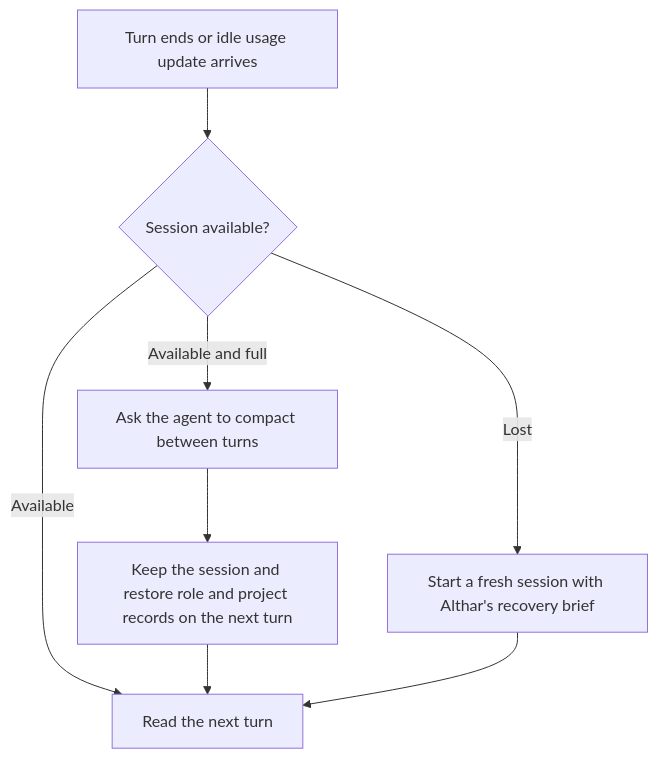
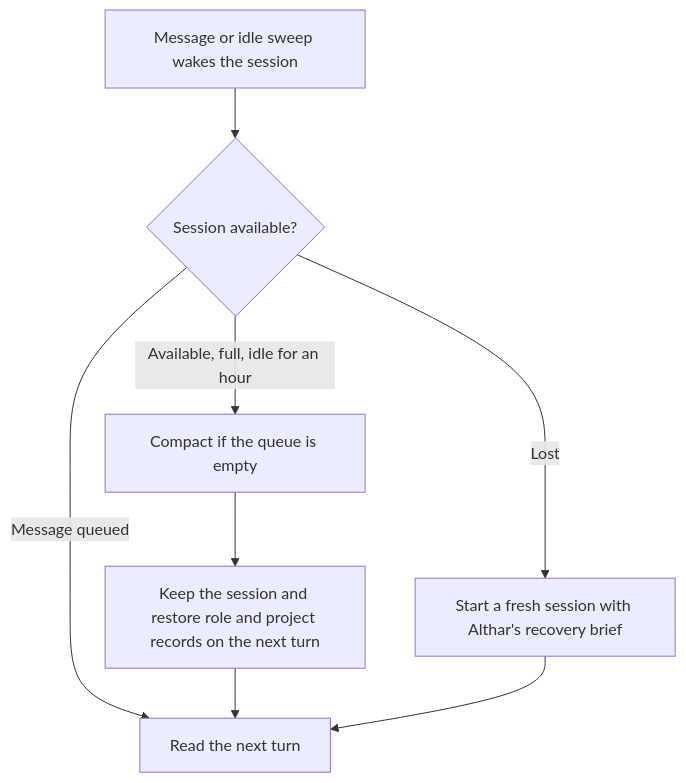
Before and after one commit to AltharIDE/althar: the fourth of 5 diagrams in docs/architecture/04-coordinator.md, drawn with Mermaid. The commit also changed other lines of this file and 17 other files, not shown here.

Commit message:
Compact full sessions only after idle time

````diff
--- a/docs/architecture/04-coordinator.md
+++ b/docs/architecture/04-coordinator.md
@@ -314,10 +314,10 @@
 ```mermaid
 flowchart TD
-  A[Turn ends or idle usage update arrives] --> B{Session available?}
+  A[Message or idle sweep wakes the session] --> B{Session available?}
   B -->|Lost| C[Start a fresh session with Althar's recovery brief]
-  B -->|Available and full| D[Ask the agent to compact between turns]
-  B -->|Available| E[Read the next turn]
+  B -->|Available, full, idle for an hour| D[Compact if the queue is empty]
+  B -->|Message queued| E[Read the next turn]
   D --> F[Keep the session and restore role and project records on the next turn]
   F --> E
   C --> E
 ```
````
